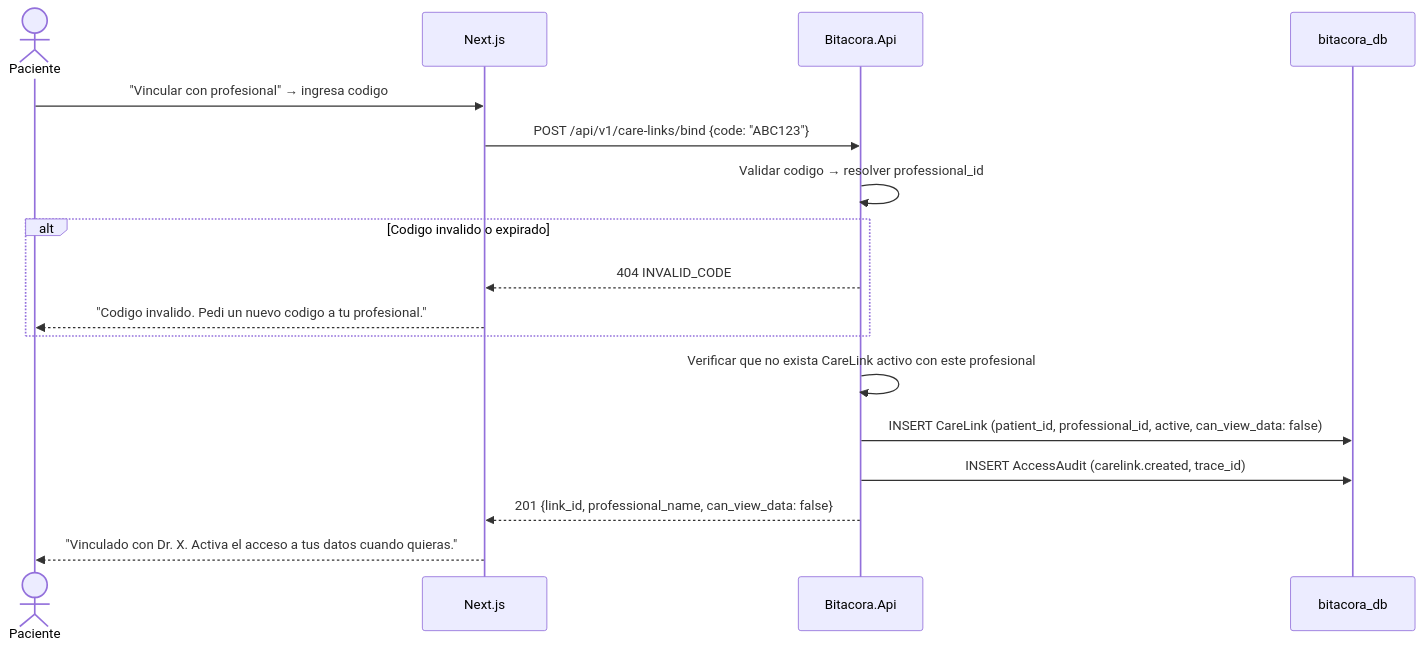
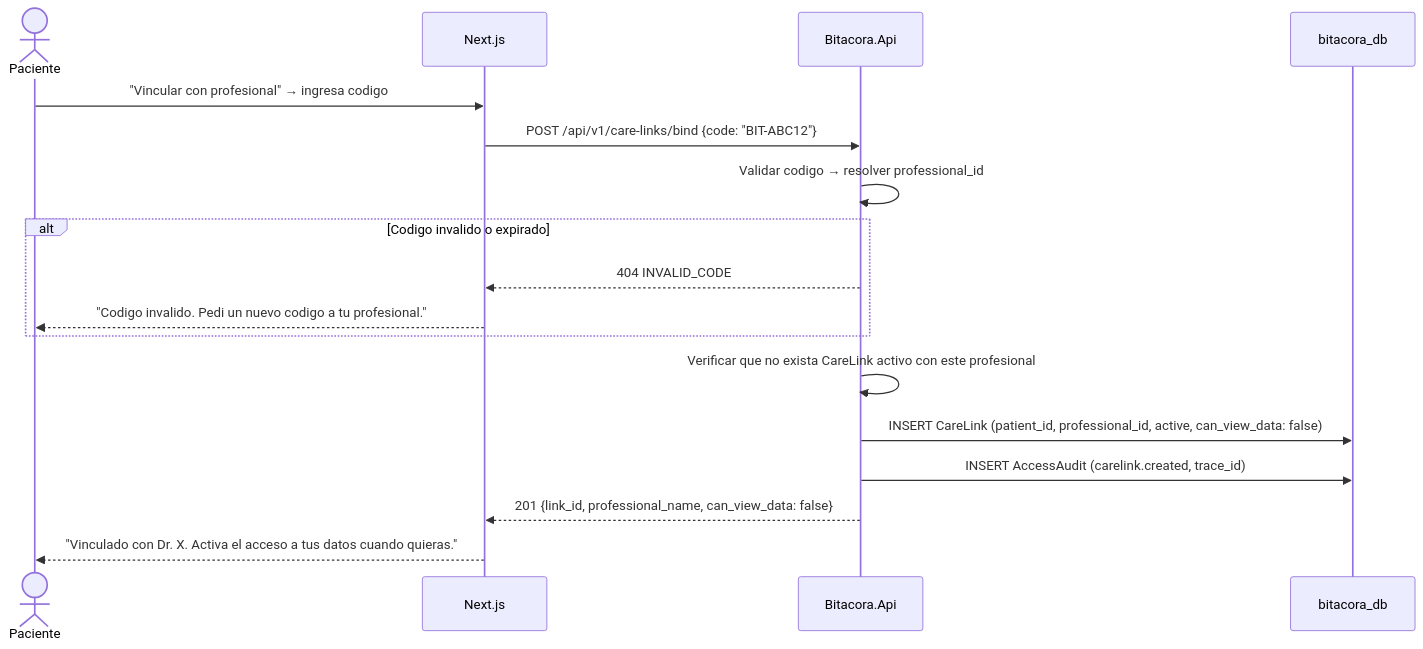
One commit to fgpaz/bitacora changed the diagram in .docs/wiki/03_FL/FL-VIN-02.md. Above: the diagram before and after it, drawn with Mermaid. The commit also changed other lines of this file and 317 other files, not shown here.

````diff
--- a/.docs/wiki/03_FL/FL-VIN-02.md
+++ b/.docs/wiki/03_FL/FL-VIN-02.md
@@ -29,20 +30,20 @@
 ```mermaid
 sequenceDiagram
     actor P as Paciente
     participant WEB as Next.js
     participant API as Bitacora.Api
     participant DB as bitacora_db
 
     P->>WEB: "Vincular con profesional" → ingresa codigo
-    WEB->>API: POST /api/v1/care-links/bind {code: "ABC123"}
+    WEB->>API: POST /api/v1/care-links/bind {code: "BIT-ABC12"}
     API->>API: Validar codigo → resolver professional_id
     alt Codigo invalido o expirado
         API-->>WEB: 404 INVALID_CODE
         WEB-->>P: "Codigo invalido. Pedi un nuevo codigo a tu profesional."
     end
     API->>API: Verificar que no exista CareLink activo con este profesional
     API->>DB: INSERT CareLink (patient_id, professional_id, active, can_view_data: false)
     API->>DB: INSERT AccessAudit (carelink.created, trace_id)
     API-->>WEB: 201 {link_id, professional_name, can_view_data: false}
     WEB-->>P: "Vinculado con Dr. X. Activa el acceso a tus datos cuando quieras."
 ```
````
